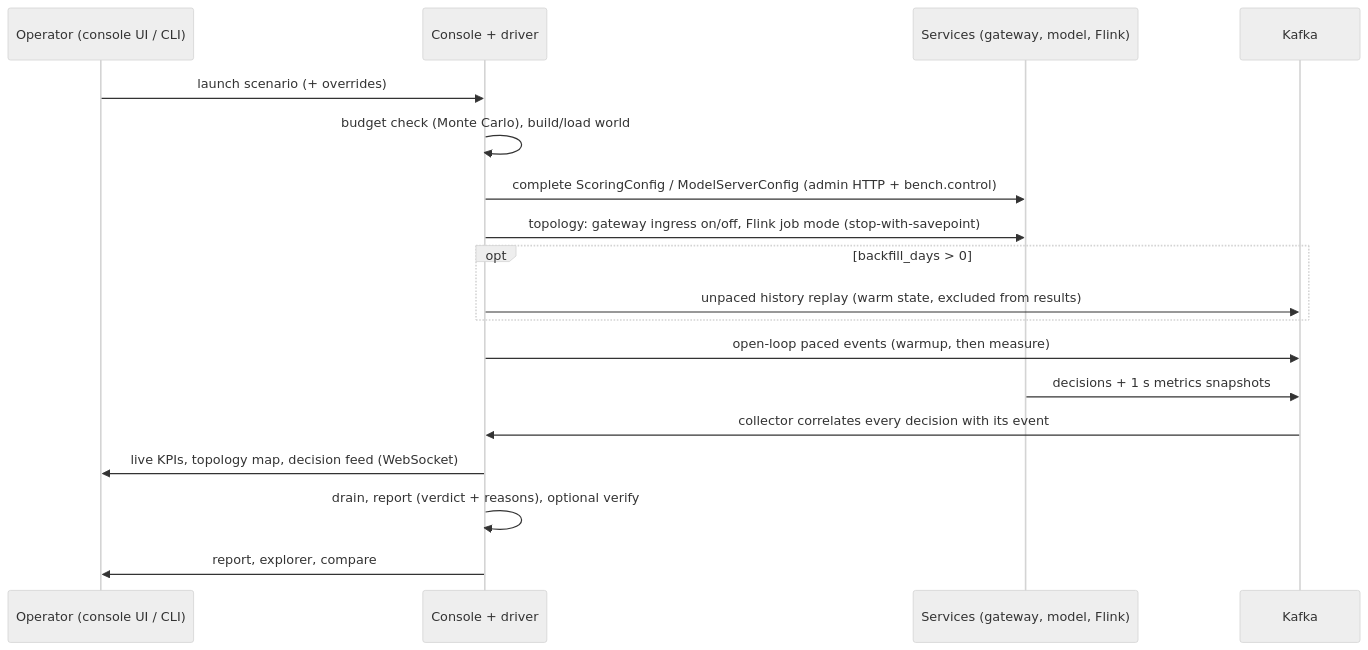
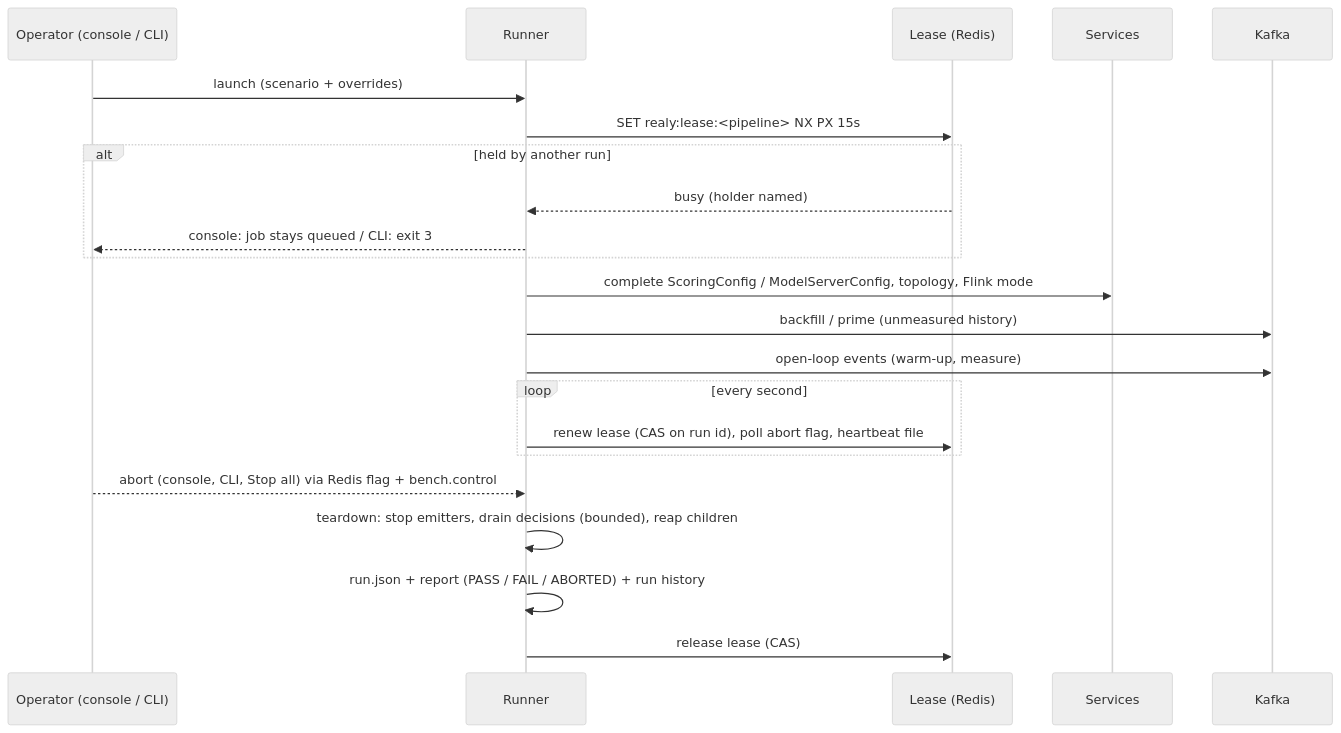
Before and after one commit to rkrumins/realy: the third of 3 diagrams in docs/architecture.md, drawn with Mermaid (neutral theme). The commit also changed other lines of this file and 13 other files, not shown here.

````diff
--- a/docs/architecture.md
+++ b/docs/architecture.md
@@ -77,20 +326,24 @@
 ```mermaid
 sequenceDiagram
-  participant U as Operator (console UI / CLI)
-  participant C as Console + driver
-  participant S as Services (gateway, model, Flink)
+  participant U as Operator (console / CLI)
+  participant C as Runner
+  participant L as Lease (Redis)
+  participant S as Services
   participant K as Kafka
-  U->>C: launch scenario (+ overrides)
-  C->>C: budget check (Monte Carlo), build/load world
-  C->>S: complete ScoringConfig / ModelServerConfig (admin HTTP + bench.control)
-  C->>S: topology: gateway ingress on/off, Flink job mode (stop-with-savepoint)
-  opt backfill_days > 0
-    C->>K: unpaced history replay (warm state, excluded from results)
+  U->>C: launch (scenario + overrides)
+  C->>L: SET realy:lease:<pipeline> NX PX 15s
+  alt held by another run
+    L-->>C: busy (holder named)
+    C-->>U: console: job stays queued / CLI: exit 3
   end
-  C->>K: open-loop paced events (warmup, then measure)
-  S->>K: decisions + 1 s metrics snapshots
-  K->>C: collector correlates every decision with its event
-  C->>U: live KPIs, topology map, decision feed (WebSocket)
-  C->>C: drain, report (verdict + reasons), optional verify
-  C->>U: report, explorer, compare
+  C->>S: complete ScoringConfig / ModelServerConfig, topology, Flink mode
+  C->>K: backfill / prime (unmeasured history)
+  C->>K: open-loop events (warm-up, measure)
+  loop every second
+    C->>L: renew lease (CAS on run id), poll abort flag, heartbeat file
+  end
+  U-->>C: abort (console, CLI, Stop all) via Redis flag + bench.control
+  C->>C: teardown: stop emitters, drain decisions (bounded), reap children
+  C->>C: run.json + report (PASS / FAIL / ABORTED) + run history
+  C->>L: release lease (CAS)
 ```
````
